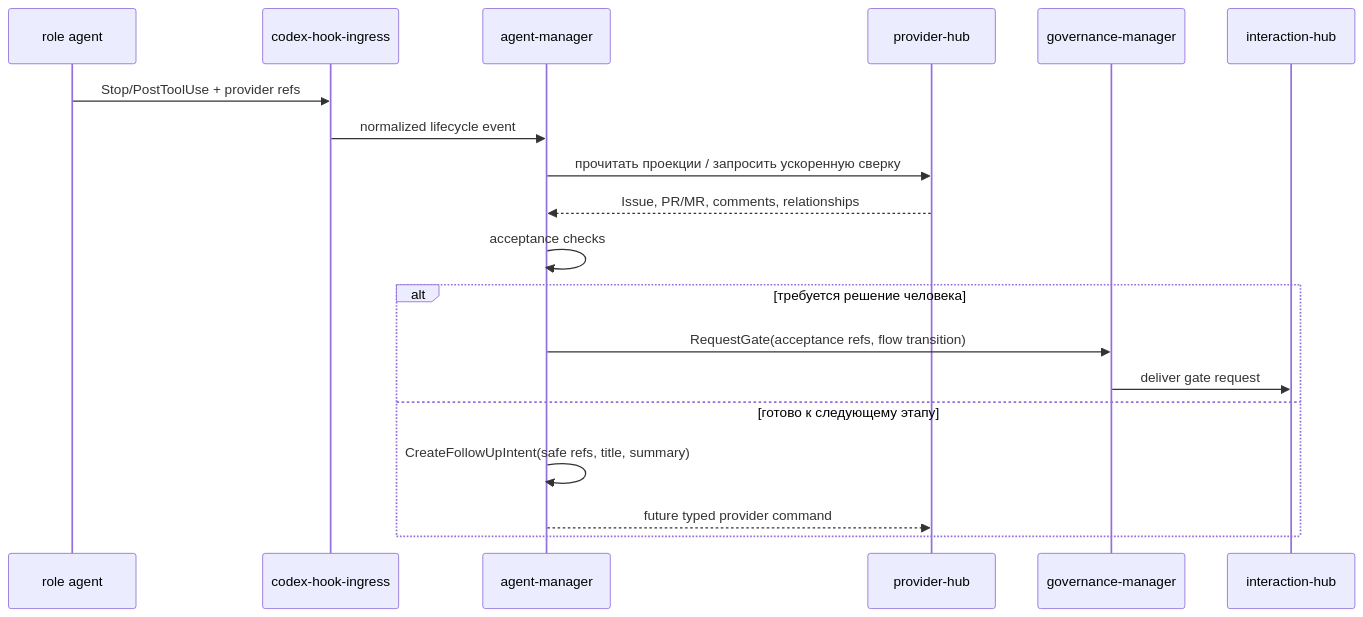
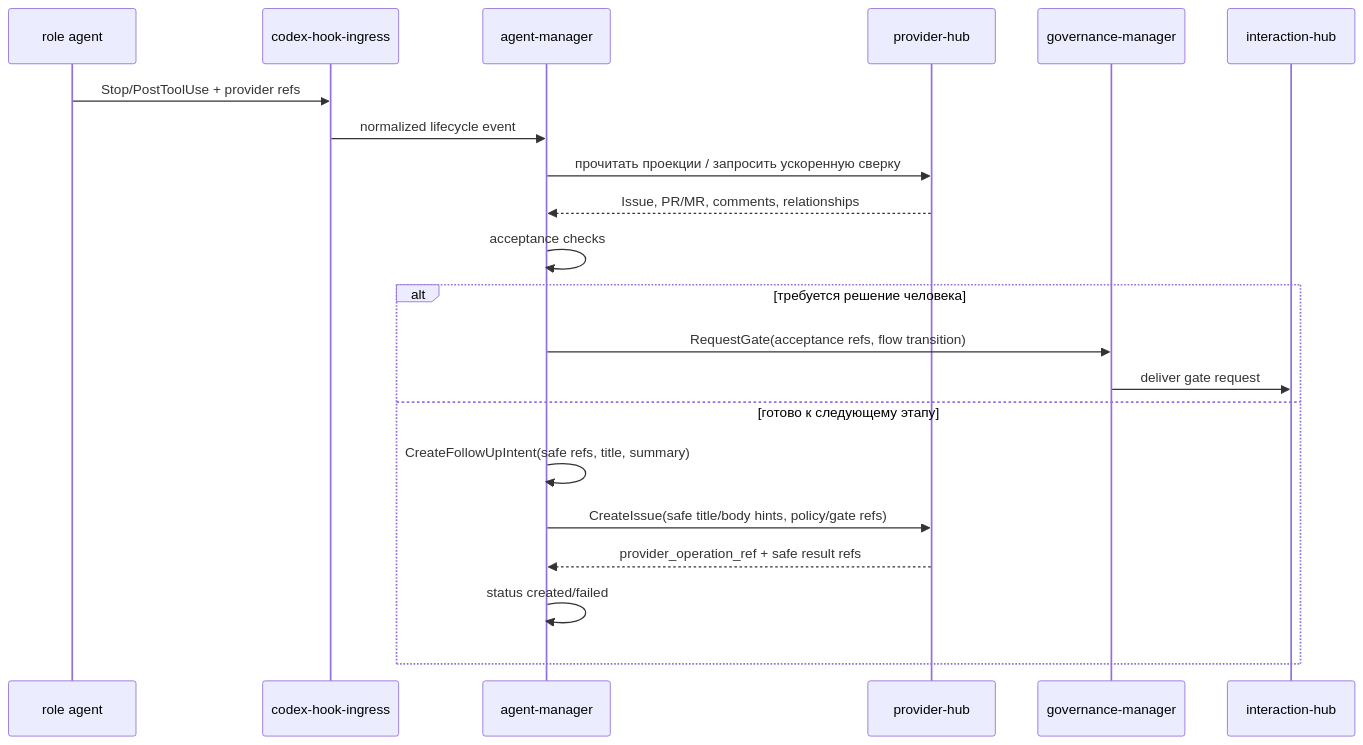
One commit to codex-k8s/kodex changed the third of 3 diagrams in docs/domains/agent-orchestration/architecture/design.md. Above: the diagram before and after it, drawn with Mermaid. The commit also changed other lines of this file and 29 other files, not shown here.

````diff
--- a/docs/domains/agent-orchestration/architecture/design.md
+++ b/docs/domains/agent-orchestration/architecture/design.md
@@ -122,21 +122,23 @@
 ```mermaid
 sequenceDiagram
   participant Runner as role agent
   participant Hooks as codex-hook-ingress
   participant AM as agent-manager
   participant PH as provider-hub
   participant GOV as governance-manager
   participant IH as interaction-hub
   Runner->>Hooks: Stop/PostToolUse + provider refs
   Hooks->>AM: normalized lifecycle event
   AM->>PH: прочитать проекции / запросить ускоренную сверку
   PH-->>AM: Issue, PR/MR, comments, relationships
   AM->>AM: acceptance checks
   alt требуется решение человека
     AM->>GOV: RequestGate(acceptance refs, flow transition)
     GOV->>IH: deliver gate request
   else готово к следующему этапу
     AM->>AM: CreateFollowUpIntent(safe refs, title, summary)
-    AM-->>PH: future typed provider command
+    AM->>PH: CreateIssue(safe title/body hints, policy/gate refs)
+    PH-->>AM: provider_operation_ref + safe result refs
+    AM->>AM: status created/failed
   end
 ```
````
